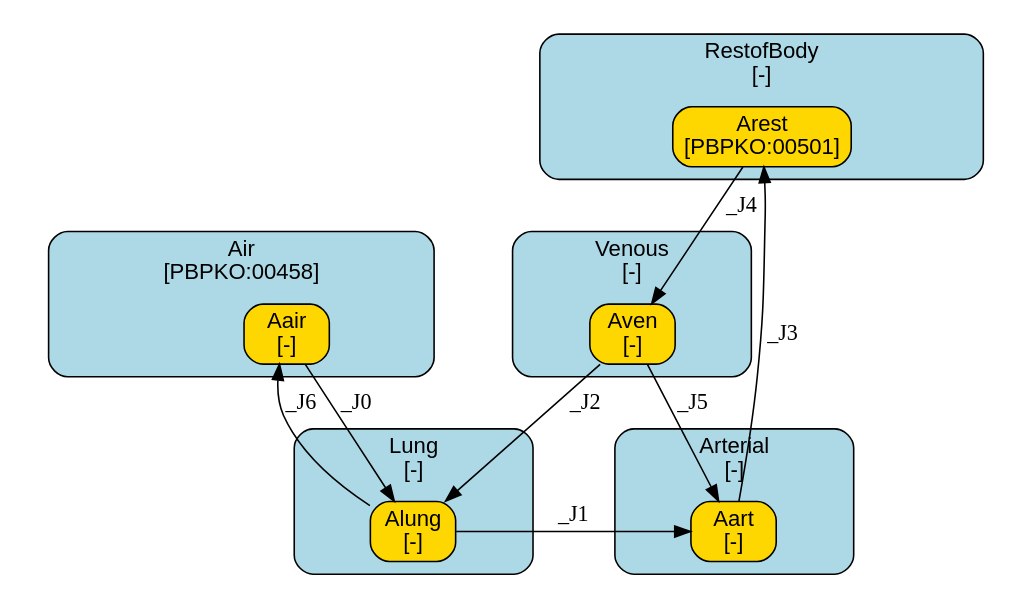
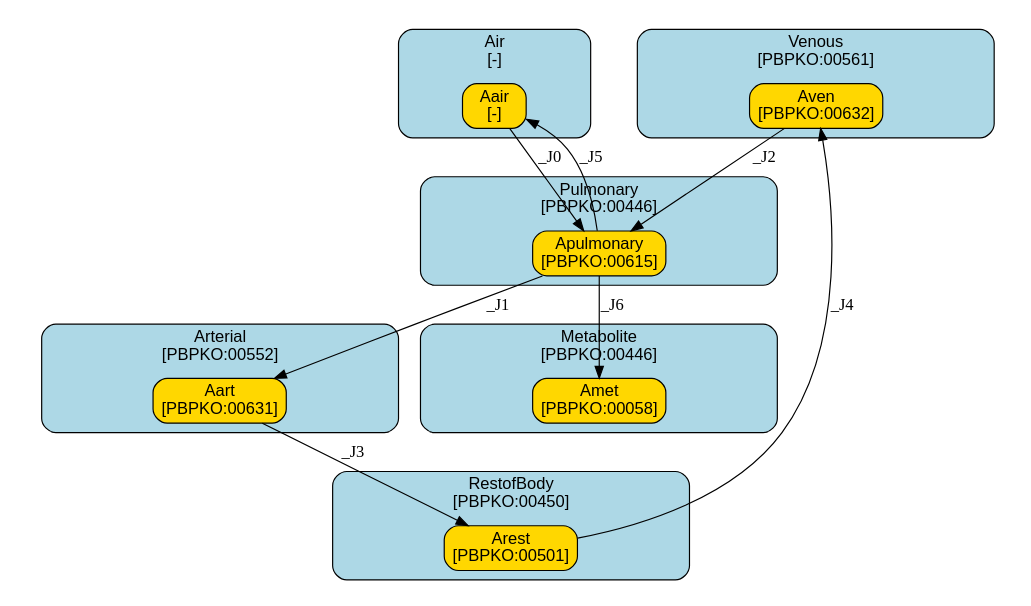
Before and after one commit to fair-pbk/exposure-route-pbk-models: the diagram in models/inhalation/Generic/Structure_B_lung/summary.dot, drawn with Graphviz. The commit also changed 168 other files, not shown here.

```diff
--- a/models/inhalation/Generic/Structure_B_lung/summary.dot
+++ b/models/inhalation/Generic/Structure_B_lung/summary.dot
@@ -1,103 +1,122 @@
 digraph {
 	graph [ratio=fill,
 		size="7,4"
 	];
 	node [fontname=Arial];
 	subgraph cluster_Air {
 		graph [color=black,
 			fillcolor=lightblue,
 			fontname=Arial,
 			href="#compartment-Air",
 			label="Air
-[PBPKO:00458]",
+[-]",
 			shape=box,
 			style="filled,rounded"
 		];
 		Aair	[color=black,
 			fillcolor=gold,
 			href="#species-Aair",
 			label="Aair
 [-]",
 			shape=box,
 			style="filled,rounded"];
 	}
 	subgraph cluster_Arterial {
 		graph [color=black,
 			fillcolor=lightblue,
 			fontname=Arial,
 			href="#compartment-Arterial",
 			label="Arterial
-[-]",
+[PBPKO:00552]",
 			shape=box,
 			style="filled,rounded"
 		];
 		Aart	[color=black,
 			fillcolor=gold,
 			href="#species-Aart",
 			label="Aart
-[-]",
+[PBPKO:00631]",
 			shape=box,
 			style="filled,rounded"];
 	}
 	subgraph cluster_Venous {
 		graph [color=black,
 			fillcolor=lightblue,
 			fontname=Arial,
 			href="#compartment-Venous",
 			label="Venous
-[-]",
+[PBPKO:00561]",
 			shape=box,
 			style="filled,rounded"
 		];
 		Aven	[color=black,
 			fillcolor=gold,
 			href="#species-Aven",
 			label="Aven
-[-]",
+[PBPKO:00632]",
 			shape=box,
 			style="filled,rounded"];
 	}
 	subgraph cluster_RestofBody {
 		graph [color=black,
 			fillcolor=lightblue,
 			fontname=Arial,
 			href="#compartment-RestofBody",
 			label="RestofBody
-[-]",
+[PBPKO:00450]",
 			shape=box,
 			style="filled,rounded"
 		];
 		Arest	[color=black,
 			fillcolor=gold,
 			href="#species-Arest",
 			label="Arest
 [PBPKO:00501]",
 			shape=box,
 			style="filled,rounded"];
 	}
-	subgraph cluster_Lung {
+	subgraph cluster_Pulmonary {
 		graph [color=black,
 			fillcolor=lightblue,
 			fontname=Arial,
-			href="#compartment-Lung",
-			label="Lung
-[-]",
+			href="#compartment-Pulmonary",
+			label="Pulmonary
+[PBPKO:00446]",
 			shape=box,
 			style="filled,rounded"
 		];
-		Alung	[color=black,
+		Apulmonary	[color=black,
 			fillcolor=gold,
-			href="#species-Alung",
-			label="Alung
-[-]",
+			href="#species-Apulmonary",
+			label="Apulmonary
+[PBPKO:00615]",
 			shape=box,
 			style="filled,rounded"];
 	}
-	Aair -> Alung	[label=_J0];
+	subgraph cluster_Metabolite {
+		graph [color=black,
+			fillcolor=lightblue,
+			fontname=Arial,
+			href="#compartment-Metabolite",
+			label="Metabolite
+[PBPKO:00446]",
+			shape=box,
+			style="filled,rounded"
+		];
+		Amet	[color=black,
+			fillcolor=gold,
+			href="#species-Amet",
+			label="Amet
+[PBPKO:00058]",
+			shape=box,
+			style="filled,rounded"];
+	}
+	Aair -> Apulmonary	[label=_J0];
 	Aart -> Arest	[label=_J3];
-	Aven -> Aart	[label=_J5];
-	Aven -> Alung	[label=_J2];
+	Aven -> Apulmonary	[label=_J2];
 	Arest -> Aven	[label=_J4];
-	Alung -> Aair	[label=_J6];
-	Alung -> Aart	[label=_J1];
+	Apulmonary -> Aair	[label=_J5];
+	Apulmonary -> Aart	[label=_J1];
+	Apulmonary -> Amet	[label=_J6,
+		minlen=1];
 }
```
